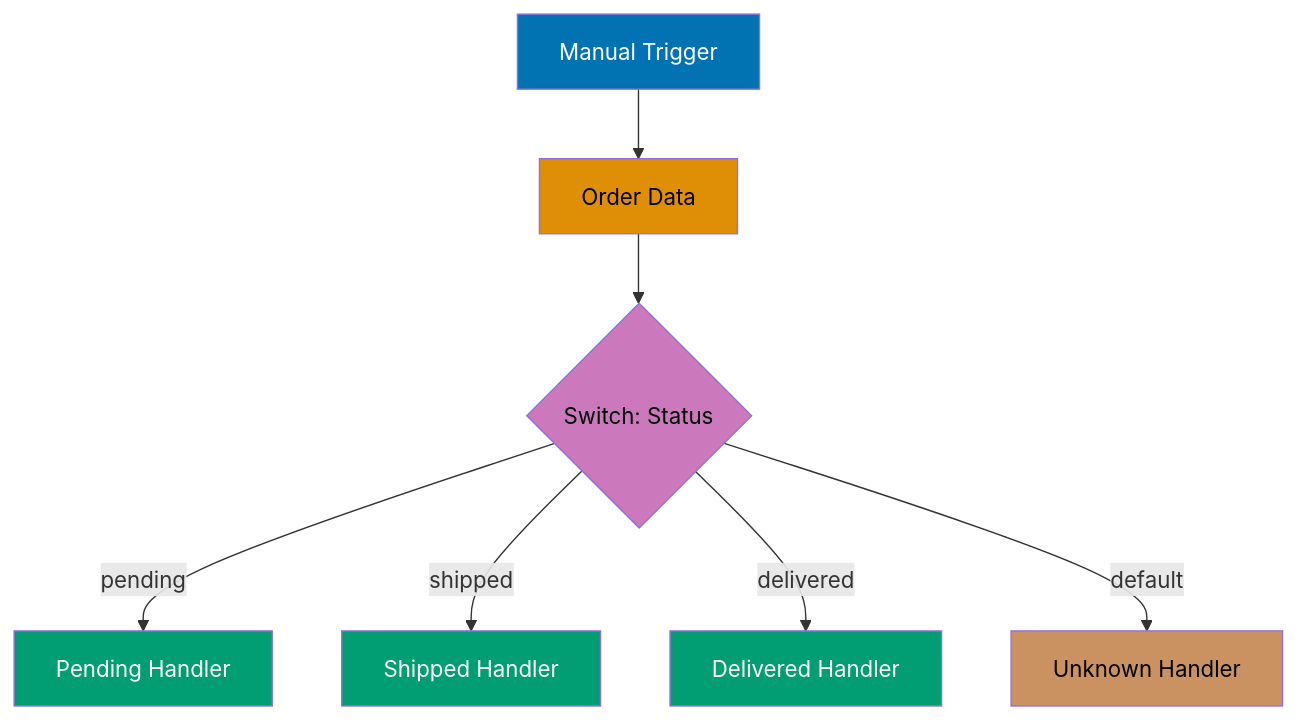
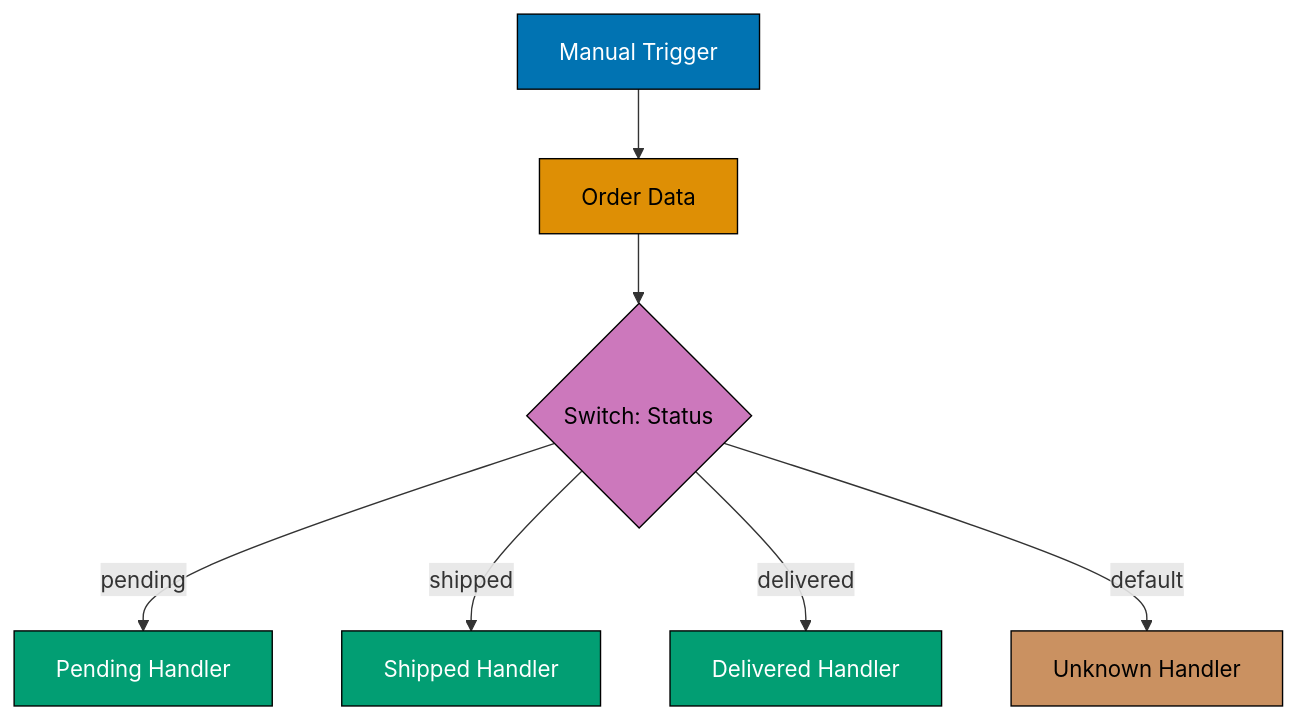
Before and after one commit to wahidyankf/open-sharia-enterprise: the seventh of 8 diagrams in apps/ayokoding-web/content/en/learn/software-engineering/automation/tools/n8n/tutorials/by-example/beginner.md, drawn with Mermaid. The commit also changed other lines of this file and 8 other files, not shown here.

````diff
--- a/apps/ayokoding-web/content/en/learn/software-engineering/automation/tools/n8n/tutorials/by-example/beginner.md
+++ b/apps/ayokoding-web/content/en/learn/software-engineering/automation/tools/n8n/tutorials/by-example/beginner.md
@@ -1229,18 +1243,18 @@
 ```mermaid
 %% Multi-path routing with Switch node
 graph TD
     A[Manual Trigger] --> B[Order Data]
     B --> C{Switch: Status}
     C -->|pending| D[Pending Handler]
     C -->|shipped| E[Shipped Handler]
     C -->|delivered| F[Delivered Handler]
     C -->|default| G[Unknown Handler]
 
-    style A fill:#0173B2,color:#fff
-    style B fill:#DE8F05,color:#000
-    style C fill:#CC78BC,color:#000
-    style D fill:#029E73,color:#fff
-    style E fill:#029E73,color:#fff
-    style F fill:#029E73,color:#fff
-    style G fill:#CA9161,color:#000
+    style A fill:#0173B2,stroke:#000,color:#fff
+    style B fill:#DE8F05,stroke:#000,color:#000
+    style C fill:#CC78BC,stroke:#000,color:#000
+    style D fill:#029E73,stroke:#000,color:#fff
+    style E fill:#029E73,stroke:#000,color:#fff
+    style F fill:#029E73,stroke:#000,color:#fff
+    style G fill:#CA9161,stroke:#000,color:#000
 ```
````
